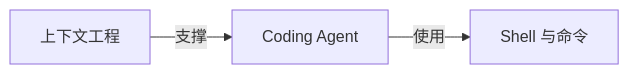
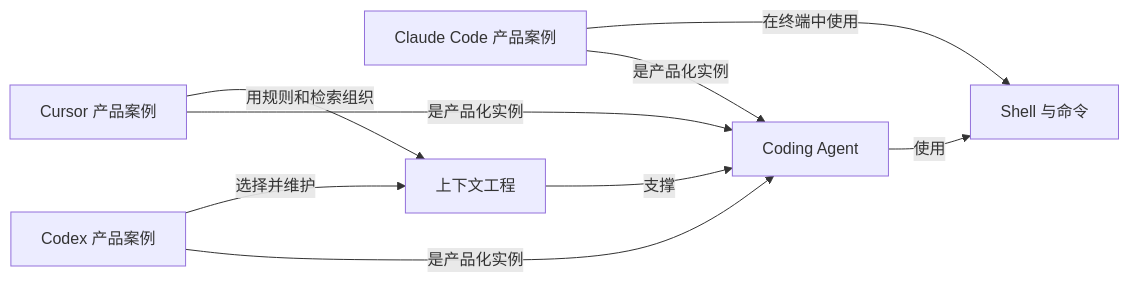
One commit to z-Zihan/LLM-101 changed the seventh of 9 diagrams in 知识网络.md. Above: the diagram before and after it, drawn with Mermaid. The commit also changed other lines of this file and 13 other files, not shown here.

Commit message:
docs: add verified coding agent product cases

````diff
--- a/知识网络.md
+++ b/知识网络.md
@@ -271,8 +274,17 @@
 ```mermaid
 flowchart LR
     n_coding_agent["Coding Agent"]
+    n_codex_product["Codex 产品案例"]
+    n_claude_code_product["Claude Code 产品案例"]
+    n_cursor_product["Cursor 产品案例"]
     n_context_engineering["上下文工程"]
     n_shell["Shell 与命令"]
+    n_codex_product -->|"是产品化实例"| n_coding_agent
+    n_codex_product -->|"选择并维护"| n_context_engineering
+    n_claude_code_product -->|"是产品化实例"| n_coding_agent
+    n_claude_code_product -->|"在终端中使用"| n_shell
+    n_cursor_product -->|"是产品化实例"| n_coding_agent
+    n_cursor_product -->|"用规则和检索组织"| n_context_engineering
     n_coding_agent -->|"使用"| n_shell
     n_context_engineering -->|"支撑"| n_coding_agent
 ```
````
